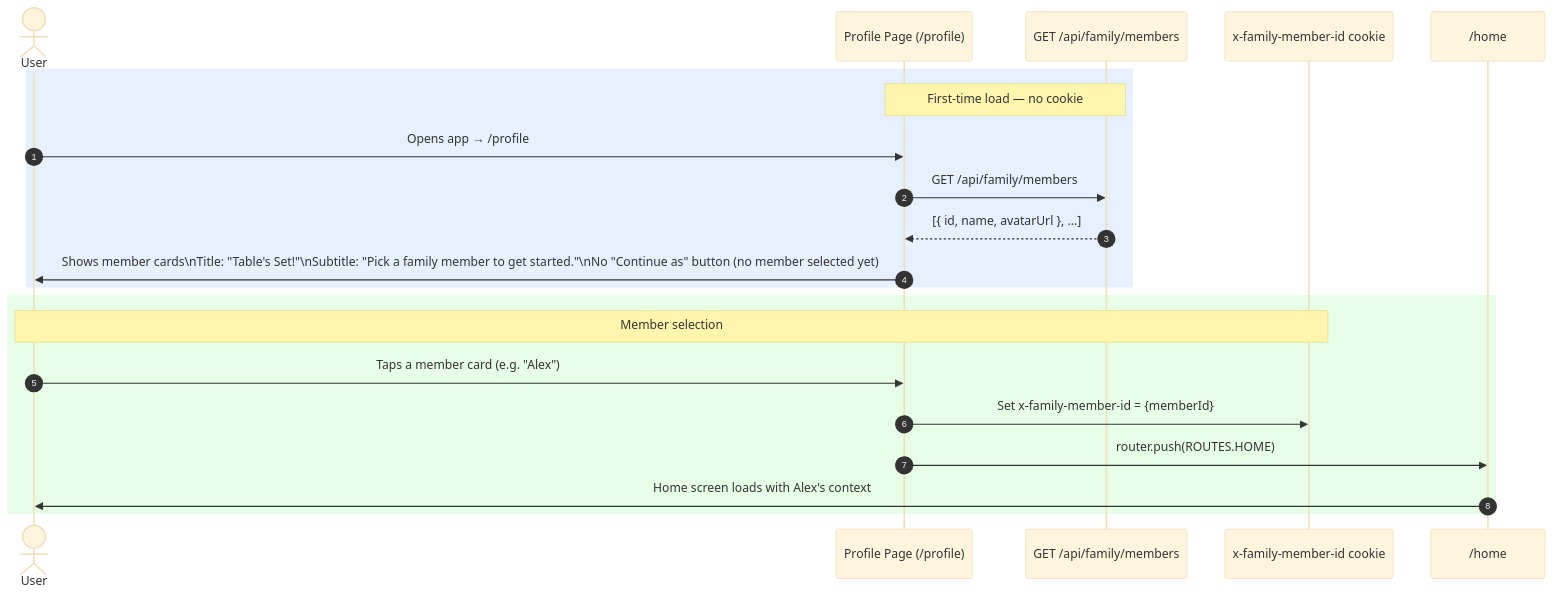
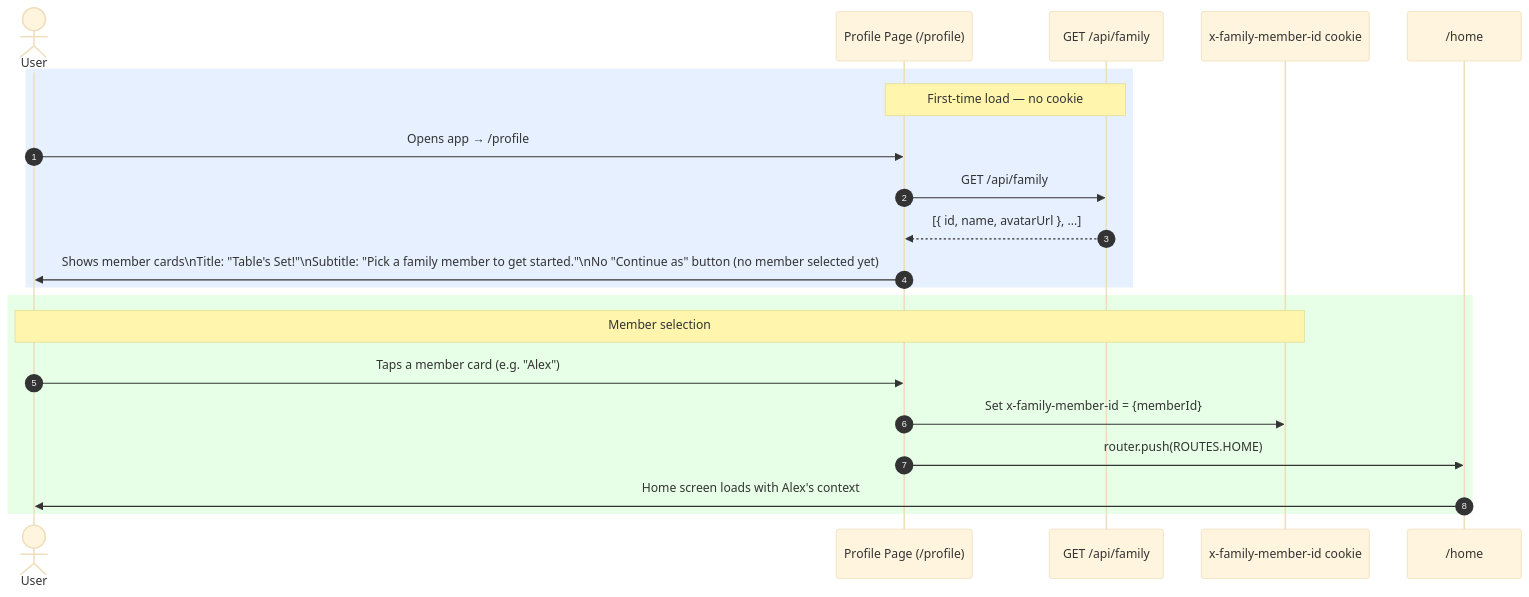
Before and after one commit to AlexandreBrisebois/whats-for-supper: the second of 3 diagrams in docs/flows/user-flows/profile-member-selection.md, drawn with Mermaid (base theme). The commit also changed other lines of this file and 24 other files, not shown here.

````diff
--- a/docs/flows/user-flows/profile-member-selection.md
+++ b/docs/flows/user-flows/profile-member-selection.md
@@ -42,26 +42,26 @@
 ```mermaid
 sequenceDiagram
     autonumber
 
     actor User
     participant Profile as Profile Page (/profile)
-    participant API as GET /api/family/members
+    participant API as GET /api/family
     participant Cookie as x-family-member-id cookie
     participant Home as /home
 
     rect rgb(230, 240, 255)
         note over Profile,API: First-time load — no cookie
         User->>Profile: Opens app → /profile
-        Profile->>API: GET /api/family/members
+        Profile->>API: GET /api/family
         API-->>Profile: [{ id, name, avatarUrl }, ...]
         Profile->>User: Shows member cards\nTitle: "Table's Set!"\nSubtitle: "Pick a family member to get started."\nNo "Continue as" button (no member selected yet)
     end
 
     rect rgb(230, 255, 230)
         note over User,Cookie: Member selection
         User->>Profile: Taps a member card (e.g. "Alex")
         Profile->>Cookie: Set x-family-member-id = {memberId}
         Profile->>Home: router.push(ROUTES.HOME)
         Home->>User: Home screen loads with Alex's context
     end
 ```
````
